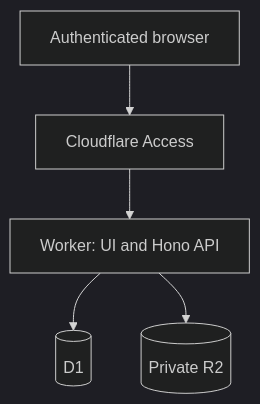
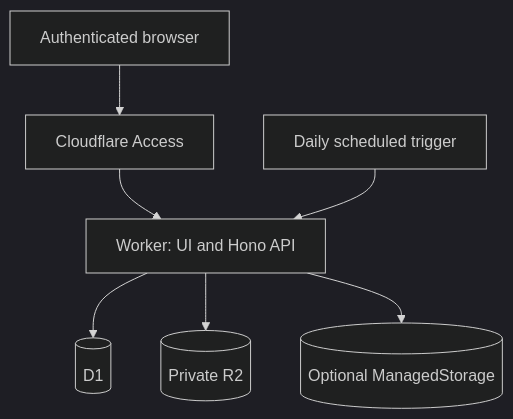
The diagram in docs/ARCHITECTURE.md (BeiqiD/sample-fabrication-workflow), drawn with Mermaid (dark theme) before and after one commit. The commit also changed other lines of this file, not shown here.

Commit message:
Document executable blob lifecycle architecture

````diff
--- a/docs/ARCHITECTURE.md
+++ b/docs/ARCHITECTURE.md
@@ -7,7 +7,9 @@
 ```mermaid
 flowchart TD
   U[Authenticated browser] --> A[Cloudflare Access]
   A --> W[Worker: UI and Hono API]
+  C[Daily scheduled trigger] --> W
   W --> D[(D1)]
   W --> R[(Private R2)]
+  W --> M[(Optional ManagedStorage)]
 ```
````
